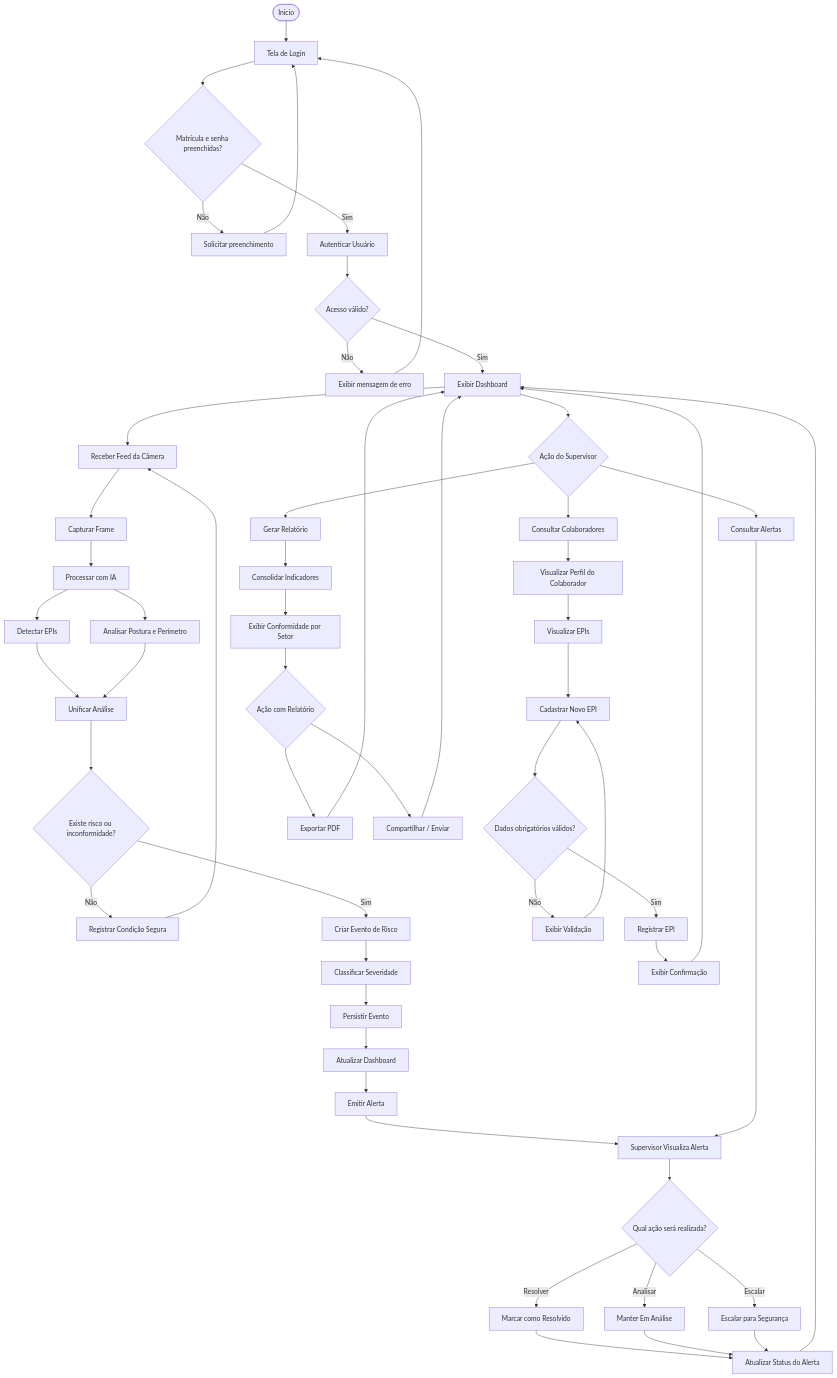
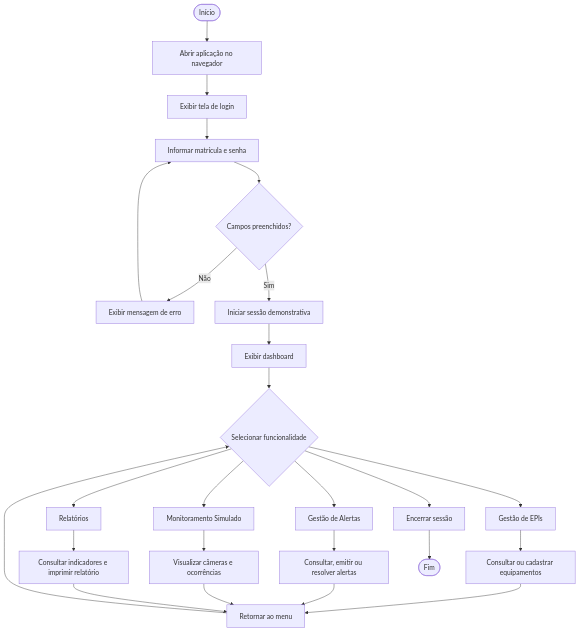
Before and after one commit to joao-baldini/Challenge-Sprint-1-Engenharia-de-Sofware: the second of 9 diagrams in DIAGRAMAS.md, drawn with Mermaid. The commit also changed other lines of this file, not shown here.

Commit message:
Atualiza diagramas Sprint 4

````diff
--- a/DIAGRAMAS.md
+++ b/DIAGRAMAS.md
@@ -87,92 +101,33 @@
 ```mermaid
 flowchart TD
+    A([Início]) --> B[Abrir aplicação no navegador]
+    B --> C[Exibir tela de login]
+    C --> D[Informar matrícula e senha]
+    D --> E{Campos preenchidos?}
 
-    A([Início]) --> B[Tela de Login]
+    E -- Não --> F[Exibir mensagem de erro]
+    F --> D
 
-    B --> C{Matrícula e senha preenchidas?}
+    E -- Sim --> G[Iniciar sessão demonstrativa]
+    G --> H[Exibir dashboard]
+    H --> I{Selecionar funcionalidade}
 
-    C -- Não --> D[Solicitar preenchimento]
-    D --> B
+    I --> J[Gestão de EPIs]
+    I --> K[Gestão de Alertas]
+    I --> L[Monitoramento Simulado]
+    I --> M[Relatórios]
 
-    C -- Sim --> E[Autenticar Usuário]
+    J --> N[Consultar ou cadastrar equipamentos]
+    K --> O[Consultar, emitir ou resolver alertas]
+    L --> P[Visualizar câmeras e ocorrências]
+    M --> Q[Consultar indicadores e imprimir relatório]
 
-    E --> F{Acesso válido?}
+    N --> R[Retornar ao menu]
+    O --> R
+    P --> R
+    Q --> R
 
-    F -- Não --> G[Exibir mensagem de erro]
-    G --> B
-
-    F -- Sim --> H[Exibir Dashboard]
-
-    %% Fluxo de monitoramento
-    H --> I[Receber Feed da Câmera]
-    I --> J[Capturar Frame]
-    J --> K[Processar com IA]
-
-    K --> L[Detectar EPIs]
-    K --> M[Analisar Postura e Perímetro]
-
-    L --> N[Unificar Análise]
-    M --> N
-
-    N --> O{Existe risco ou inconformidade?}
-
-    O -- Não --> P[Registrar Condição Segura]
-    P --> I
-
-    O -- Sim --> Q[Criar Evento de Risco]
-
-    Q --> R[Classificar Severidade]
-    R --> S[Persistir Evento]
-    S --> T[Atualizar Dashboard]
-    T --> U[Emitir Alerta]
-
-    %% Tratamento do alerta
-    U --> V[Supervisor Visualiza Alerta]
-
-    V --> W{Qual ação será realizada?}
-
-    W -- Resolver --> X[Marcar como Resolvido]
-    W -- Analisar --> Y[Manter Em Análise]
-    W -- Escalar --> Z[Escalar para Segurança]
-
-    X --> AA[Atualizar Status do Alerta]
-    Y --> AA
-    Z --> AA
-
-    AA --> H
-
-    %% Ações manuais
-    H --> AB{Ação do Supervisor}
-
-    AB --> AC[Consultar Colaboradores]
-    AB --> AD[Consultar Alertas]
-    AB --> AE[Gerar Relatório]
-
-    %% Fluxo EPI
-    AC --> AF[Visualizar Perfil do Colaborador]
-    AF --> AG[Visualizar EPIs]
-    AG --> AH[Cadastrar Novo EPI]
-
-    AH --> AI{Dados obrigatórios válidos?}
-
-    AI -- Não --> AJ[Exibir Validação]
-    AJ --> AH
-
-    AI -- Sim --> AK[Registrar EPI]
-    AK --> AL[Exibir Confirmação]
-    AL --> H
-
-    %% Fluxo alertas
-    AD --> V
-
-    %% Fluxo relatório
-    AE --> AM[Consolidar Indicadores]
-    AM --> AN[Exibir Conformidade por Setor]
-    AN --> AO{Ação com Relatório}
-
-    AO --> AP[Exportar PDF]
-    AO --> AQ[Compartilhar / Enviar]
-
-    AP --> H
-    AQ --> H
+    R --> I
+    I --> S[Encerrar sessão]
+    S --> T([Fim])
 ```
````
